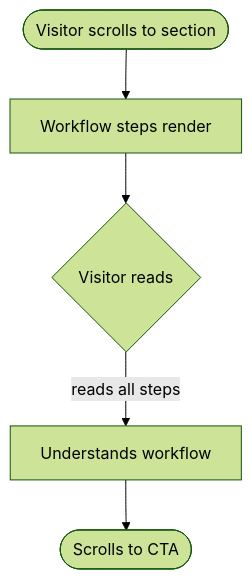
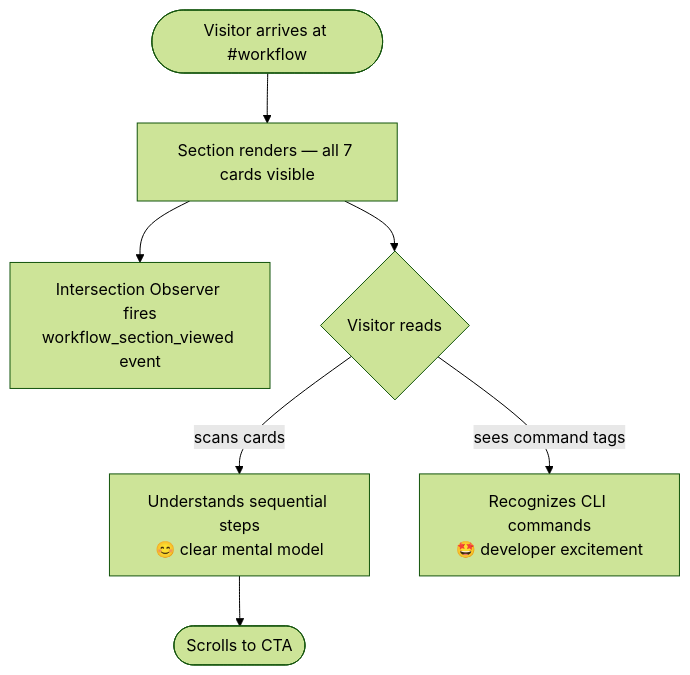
The second of 2 diagrams in docs/sprints/sprint-01/task-003/task-003-frontend.md (Maximumsoft-Co-LTD/claude-foundation-template), drawn with Mermaid (forest theme) before and after one commit. The commit also changed other lines of this file and 4 other files, not shown here.

````diff
--- a/docs/sprints/sprint-01/task-003/task-003-frontend.md
+++ b/docs/sprints/sprint-01/task-003/task-003-frontend.md
@@ -35,7 +75,9 @@
 ```mermaid
 flowchart TD
-    A([Visitor scrolls to section]) --> B[Workflow steps render]
-    B --> C{Visitor reads}
-    C -->|reads all steps| D[Understands workflow]
-    D --> E([Scrolls to CTA])
+    A([Visitor arrives at #workflow]) --> B[Section renders — all 7 cards visible]
+    B --> C[Intersection Observer fires\nworkflow_section_viewed event]
+    B --> D{Visitor reads}
+    D -->|scans cards| E[Understands sequential steps\n😊 clear mental model]
+    D -->|sees command tags| F[Recognizes CLI commands\n🤩 developer excitement]
+    E --> G([Scrolls to CTA])
 ```
````
